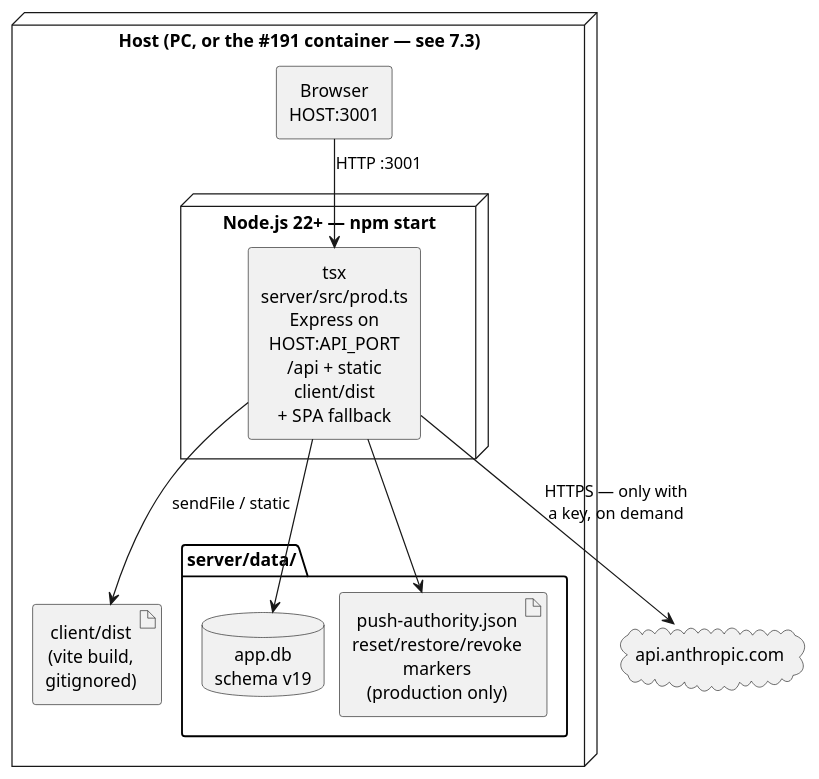
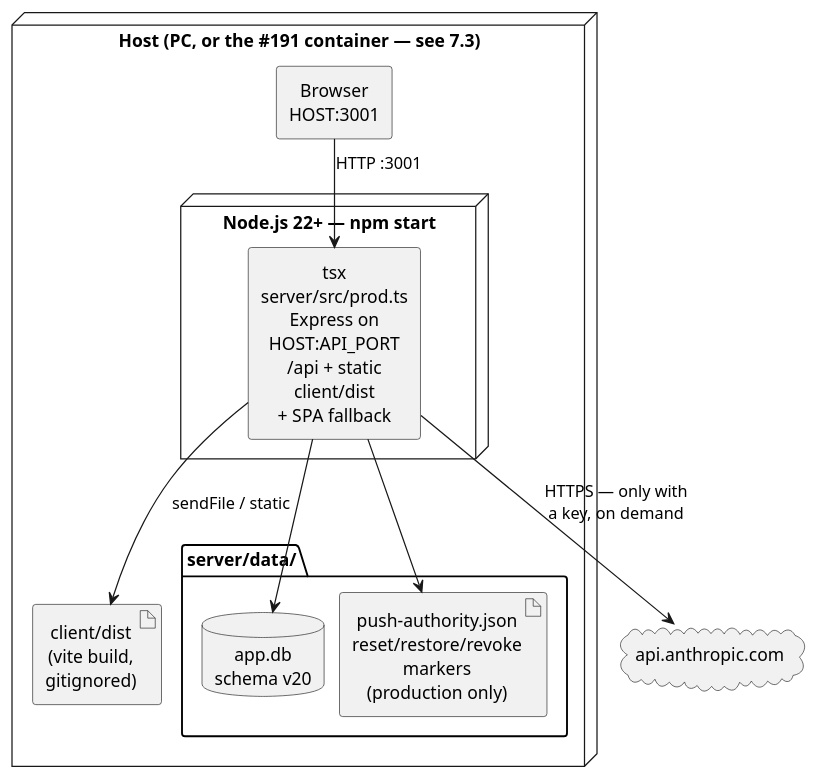
The second of 4 diagrams in docs/modules/ROOT/pages/07_deployment_view.adoc (FelixGeisler/draw), drawn with PlantUML before and after one commit. The commit also changed other lines of this file and 23 other files, not shown here.

```diff
--- a/docs/modules/ROOT/pages/07_deployment_view.adoc
+++ b/docs/modules/ROOT/pages/07_deployment_view.adoc
@@ -130,30 +133,30 @@
 [plantuml,deployment-prod,svg]
 ....
 @startuml
 skinparam shadowing false
 skinparam wrapWidth 140
 skinparam defaultTextAlignment center
 skinparam componentStyle rectangle
 skinparam nodesep 12
 skinparam ranksep 18
 
 node "Host (PC, or the #191 container — see 7.3)" as host {
   component "Browser\nHOST:3001" as browser
   node "Node.js 22+ — npm start" as prodtree {
     component "tsx server/src/prod.ts\nExpress on HOST:API_PORT\n/api + static client/dist\n+ SPA fallback" as express
   }
   artifact "client/dist\n(vite build, gitignored)" as dist
   folder "server/data/" as data {
-    database "app.db\nschema v19" as db
+    database "app.db\nschema v20" as db
     artifact "push-authority.json\nreset/restore/revoke markers\n(production only)" as pushstate
   }
 }
 cloud "api.anthropic.com" as claude
 
 browser --> express : HTTP :3001
 express --> dist : sendFile / static
 express --> db
 express --> pushstate
 express --> claude : HTTPS — only with\na key, on demand
 @enduml
 ....
```
